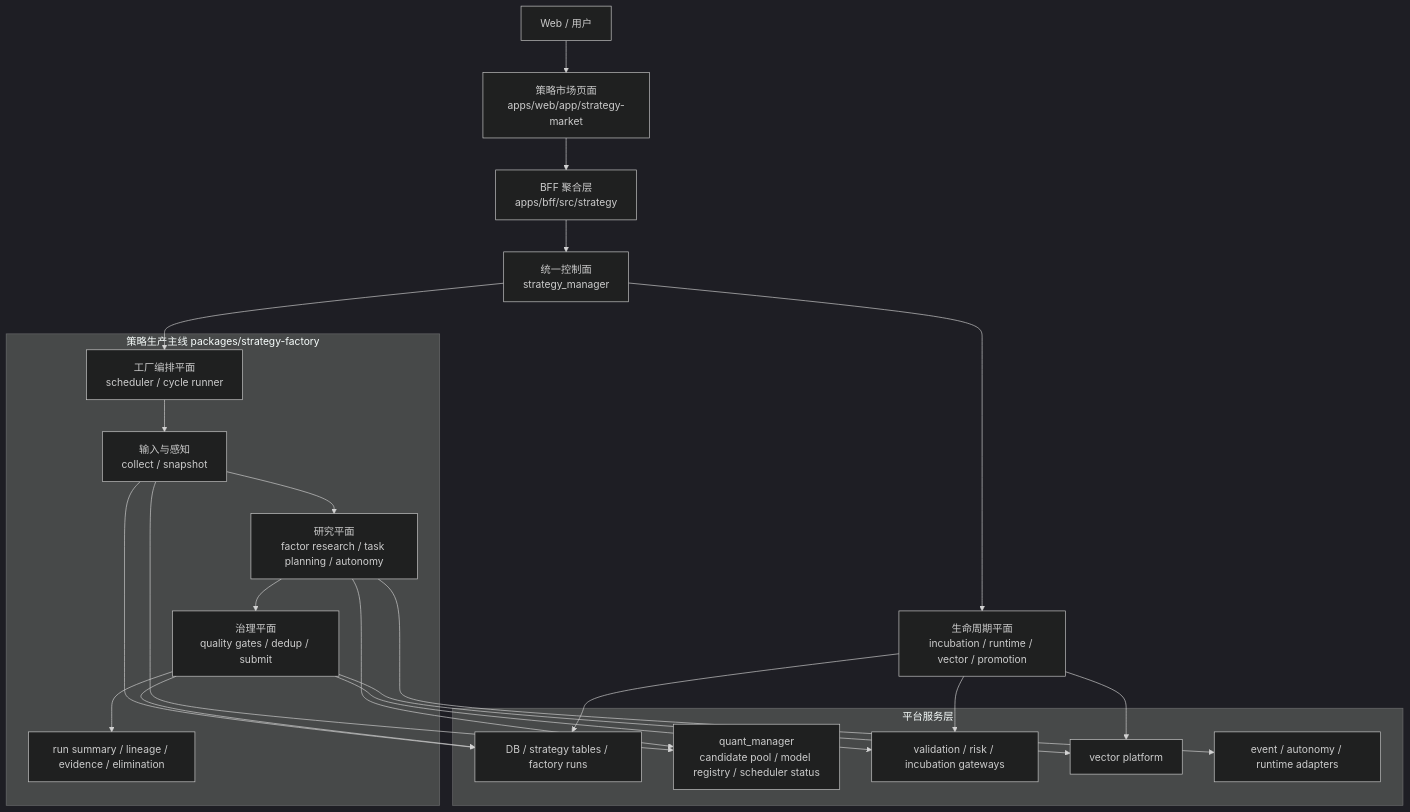
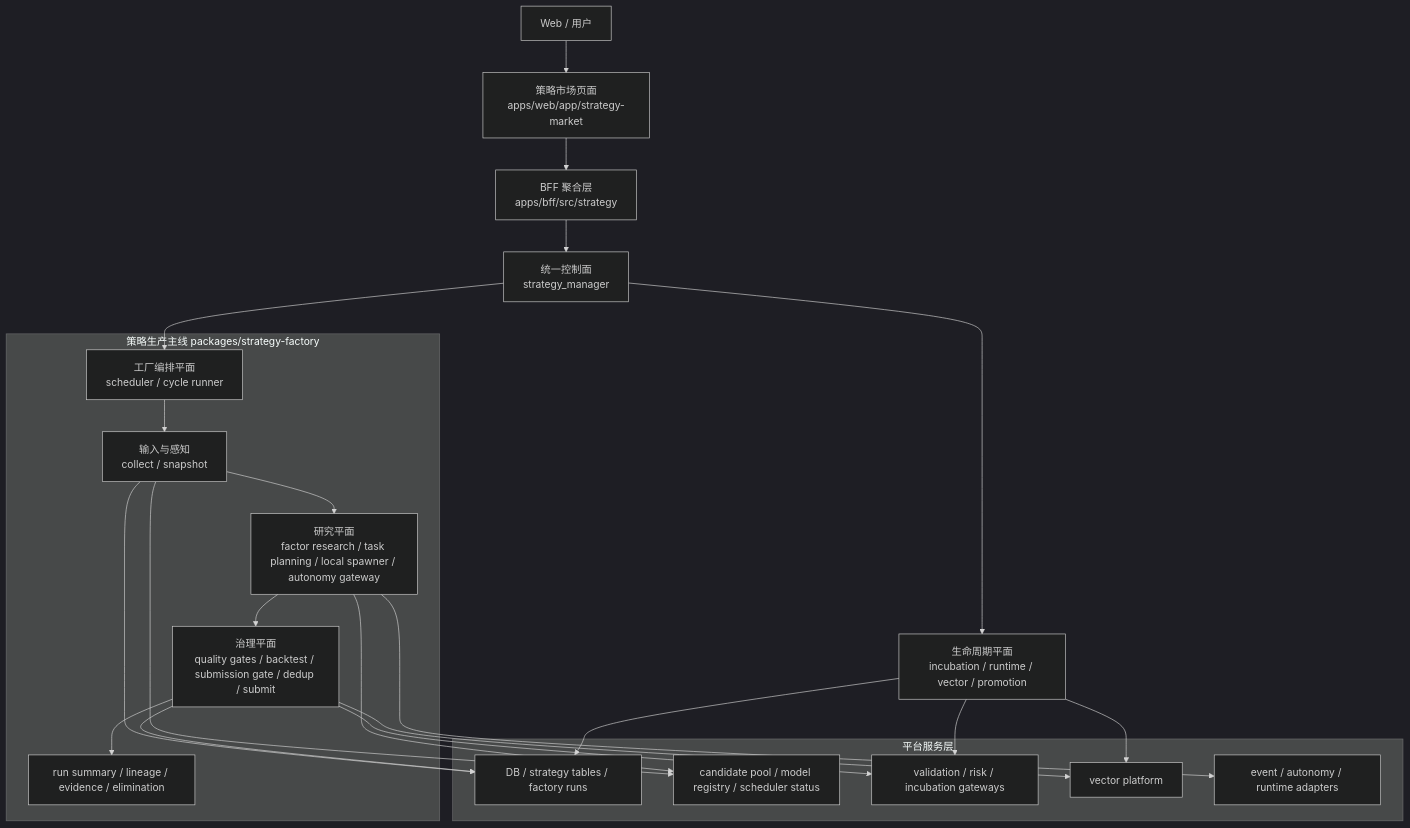
One commit to walkingzzzy/AIASK changed the diagram in 策略工厂架构优化方案-2026-04-08.md. Above: the diagram before and after it, drawn with Mermaid (dark theme). The commit also changed other lines of this file and 170 other files, not shown here.

````diff
--- a/策略工厂架构优化方案-2026-04-08.md
+++ b/策略工厂架构优化方案-2026-04-08.md
@@ -228,35 +329,35 @@
 ```mermaid
 flowchart TD
     U["Web / 用户"] --> W["策略市场页面<br/>apps/web/app/strategy-market"]
     W --> B["BFF 聚合层<br/>apps/bff/src/strategy"]
     B --> M["统一控制面<br/>strategy_manager"]
 
     M --> O["工厂编排平面<br/>scheduler / cycle runner"]
     M --> L["生命周期平面<br/>incubation / runtime / vector / promotion"]
 
     subgraph P["策略生产主线 packages/strategy-factory"]
         O --> R1["输入与感知<br/>collect / snapshot"]
-        R1 --> R2["研究平面<br/>factor research / task planning / autonomy"]
-        R2 --> G1["治理平面<br/>quality gates / dedup / submit"]
+        R1 --> R2["研究平面<br/>factor research / task planning / local spawner / autonomy gateway"]
+        R2 --> G1["治理平面<br/>quality gates / backtest / submission gate / dedup / submit"]
         G1 --> G2["run summary / lineage / evidence / elimination"]
     end
 
     subgraph X["平台服务层"]
         X1["DB / strategy tables / factory runs"]
-        X2["quant_manager<br/>candidate pool / model registry / scheduler status"]
+        X2["candidate pool / model registry / scheduler status"]
         X3["validation / risk / incubation gateways"]
         X4["vector platform"]
         X5["event / autonomy / runtime adapters"]
     end
 
     R1 --> X1
     R1 --> X2
     R2 --> X2
     R2 --> X5
     G1 --> X1
     G1 --> X3
     G1 --> X4
     L --> X1
     L --> X3
     L --> X4
 ```
````
